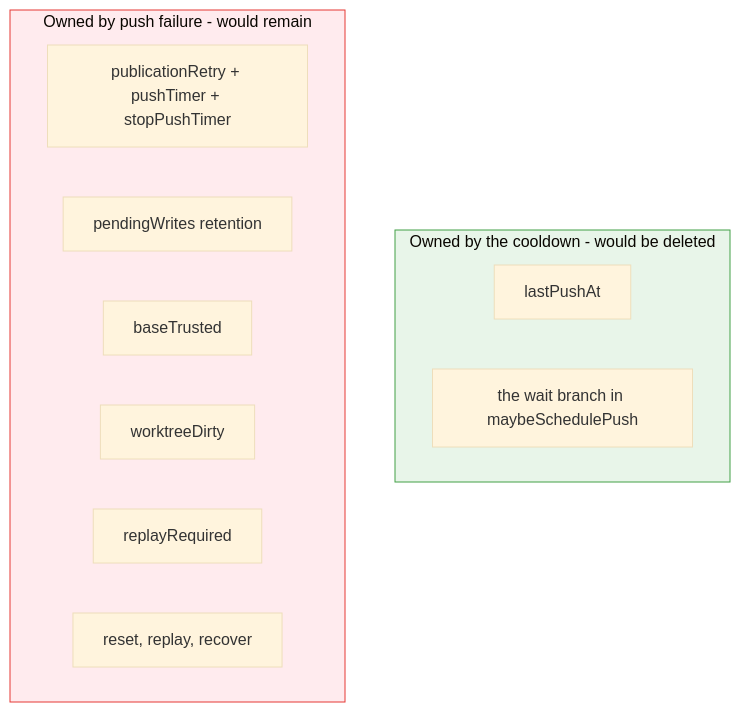
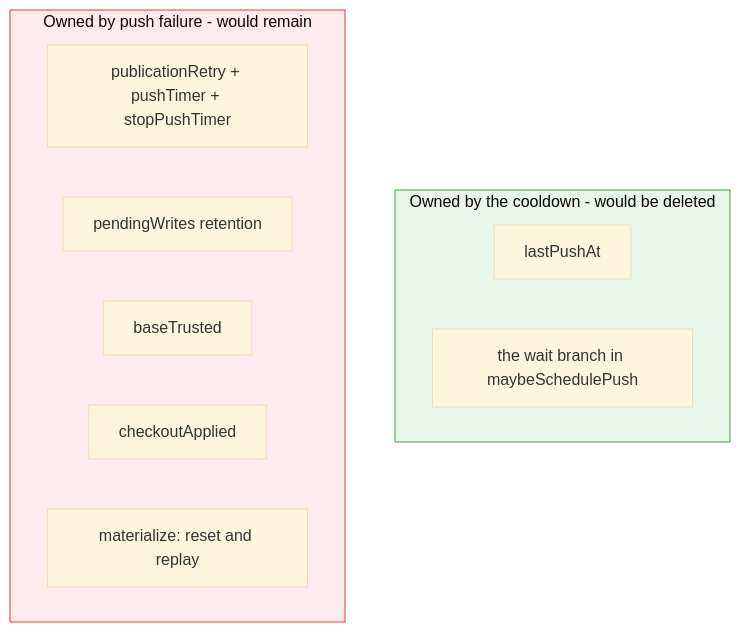
One commit to ConfigButler/gitops-reverser changed the third of 4 diagrams in docs/design/push-cooldown.md. Above: the diagram before and after it, drawn with Mermaid (base theme). The commit also changed other lines of this file and 28 other files, not shown here.

````diff
--- a/docs/design/push-cooldown.md
+++ b/docs/design/push-cooldown.md
@@ -158,19 +157,18 @@
 ```mermaid
 flowchart TD
     subgraph COOLDOWN["Owned by the cooldown - would be deleted"]
         LPA["lastPushAt"]
         MSP["the wait branch in maybeSchedulePush"]
     end
 
     subgraph FAILURE["Owned by push failure - would remain"]
         PT["publicationRetry + pushTimer + stopPushTimer"]
         PW["pendingWrites retention"]
         BT["baseTrusted"]
-        WD["worktreeDirty"]
-        RR["replayRequired"]
-        RE["reset, replay, recover"]
+        CA["checkoutApplied"]
+        RE["materialize: reset and replay"]
     end
 
     style COOLDOWN fill:#e8f5e9,stroke:#43a047
     style FAILURE fill:#ffebee,stroke:#e53935
 ```
````
